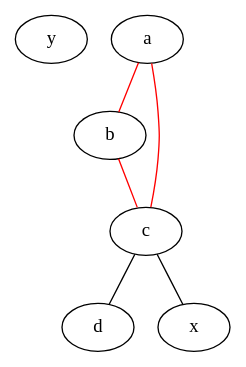
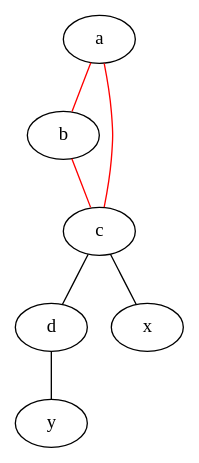
The diagram in img/clique3.dot (Obererpel/Zusammenfassung-Kryptographie), drawn with Graphviz before and after one commit. The commit also changed 5 other files, not shown here.

```diff
--- a/img/clique3.dot
+++ b/img/clique3.dot
@@ -1,8 +1,9 @@
 graph G {
 	y
 	a -- b [color=red]
 	a -- c [color=red]
 	b -- c [color=red]
 	c -- d
 	c -- x 
+	d -- y
 }
```
